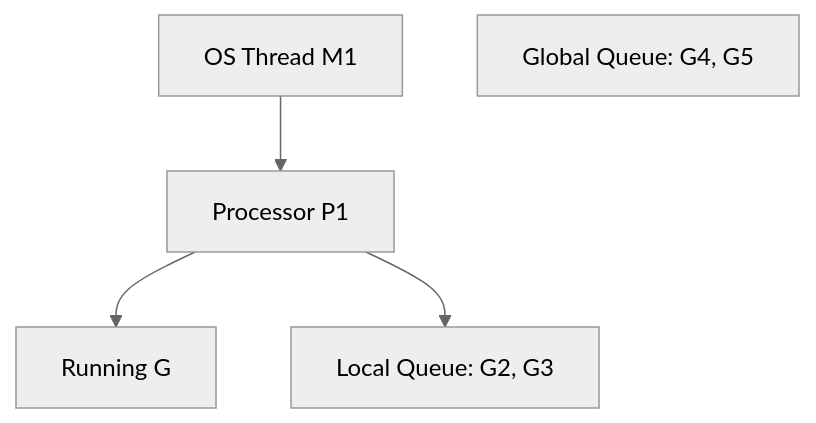
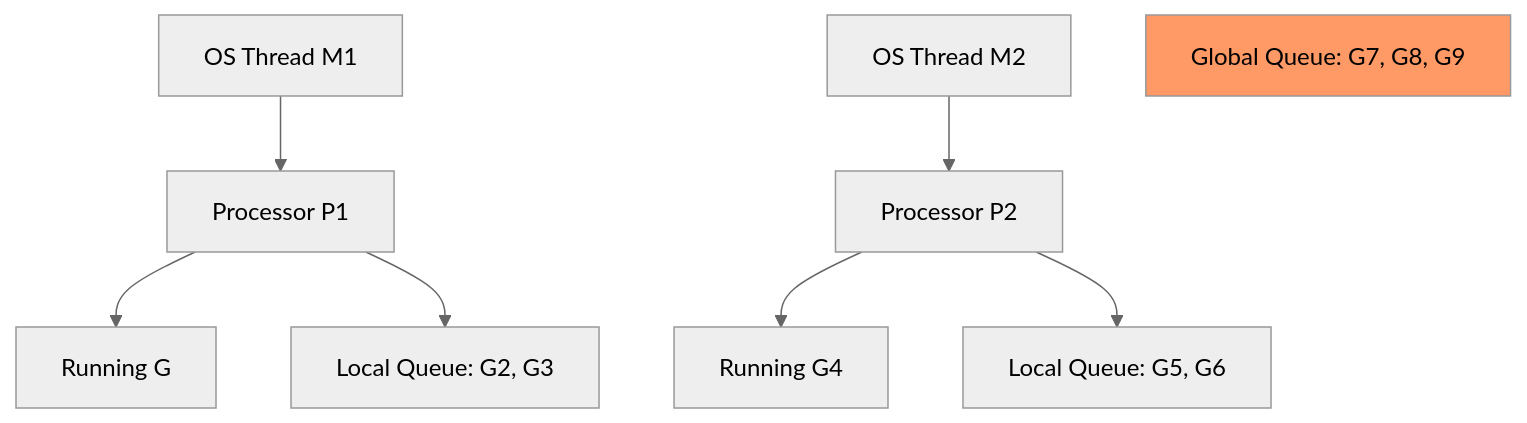
One commit to devweekends/docs changed the diagram in resources/interview-questions/go.mdx. Above: the diagram before and after it, drawn with Mermaid (neutral theme). The commit also changed other lines of this file and 899 other files, not shown here.

````diff
--- a/resources/interview-questions/go.mdx
+++ b/resources/interview-questions/go.mdx
@@ -20,7 +22,11 @@
 ```mermaid
 graph TD
     M1[OS Thread M1] --> P1[Processor P1]
     P1 --> G1[Running G]
-    P1 --> LQ[Local Queue: G2, G3]
-    Global[Global Queue: G4, G5]
+    P1 --> LQ1[Local Queue: G2, G3]
+    M2[OS Thread M2] --> P2[Processor P2]
+    P2 --> G4[Running G4]
+    P2 --> LQ2[Local Queue: G5, G6]
+    Global[Global Queue: G7, G8, G9]
+    style Global fill:#f96
 ```
````
